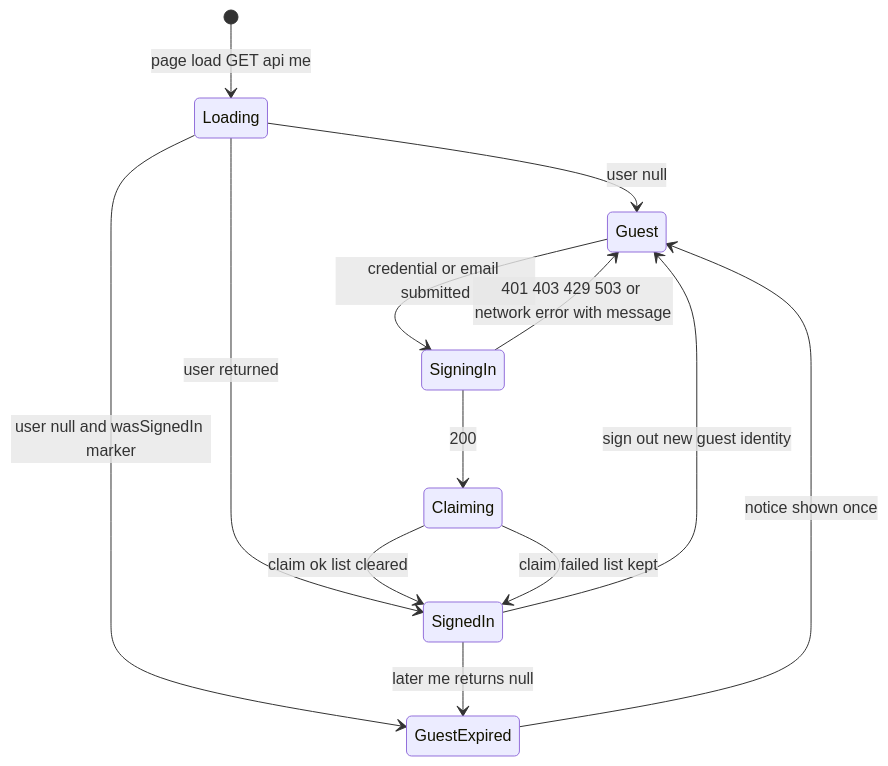
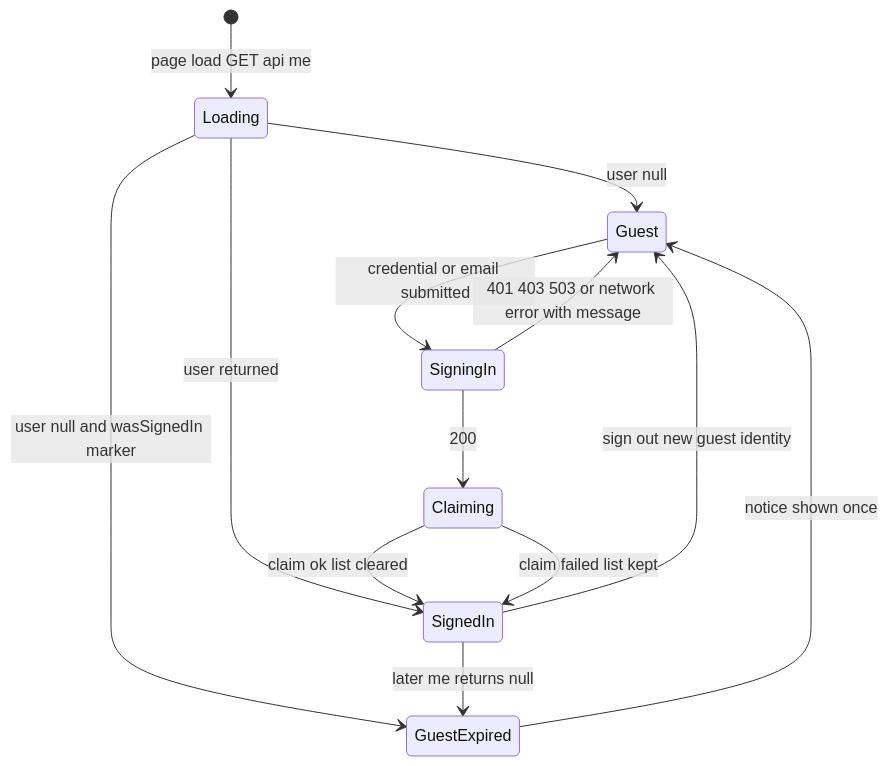
Before and after one commit to boxabirds/awesome-local-ai: the second of 10 diagrams in benchmarks/vidi/spec/stories/014-sign-in-so-my-boards-follow-me-across-devices/design.md, drawn with Mermaid. The commit also changed other lines of this file and 12 other files, not shown here.

````diff
--- a/benchmarks/vidi/spec/stories/014-sign-in-so-my-boards-follow-me-across-devices/design.md
+++ b/benchmarks/vidi/spec/stories/014-sign-in-so-my-boards-follow-me-across-devices/design.md
@@ -109,15 +106,15 @@
 ```mermaid
 stateDiagram-v2
     [*] --> Loading : page load GET api me
     Loading --> Guest : user null
     Loading --> GuestExpired : user null and wasSignedIn marker
     GuestExpired --> Guest : notice shown once
     Loading --> SignedIn : user returned
     Guest --> SigningIn : credential or email submitted
     SigningIn --> Claiming : 200
-    SigningIn --> Guest : 401 403 429 503 or network error with message
+    SigningIn --> Guest : 401 403 503 or network error with message
     Claiming --> SignedIn : claim ok list cleared
     Claiming --> SignedIn : claim failed list kept
     SignedIn --> Guest : sign out new guest identity
     SignedIn --> GuestExpired : later me returns null
 ```
````
